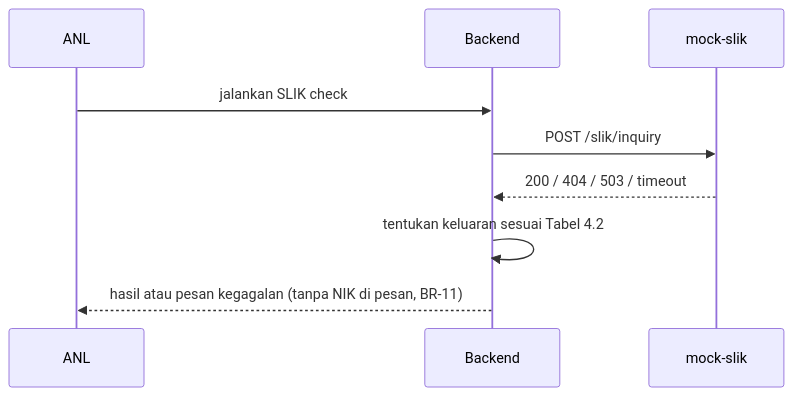
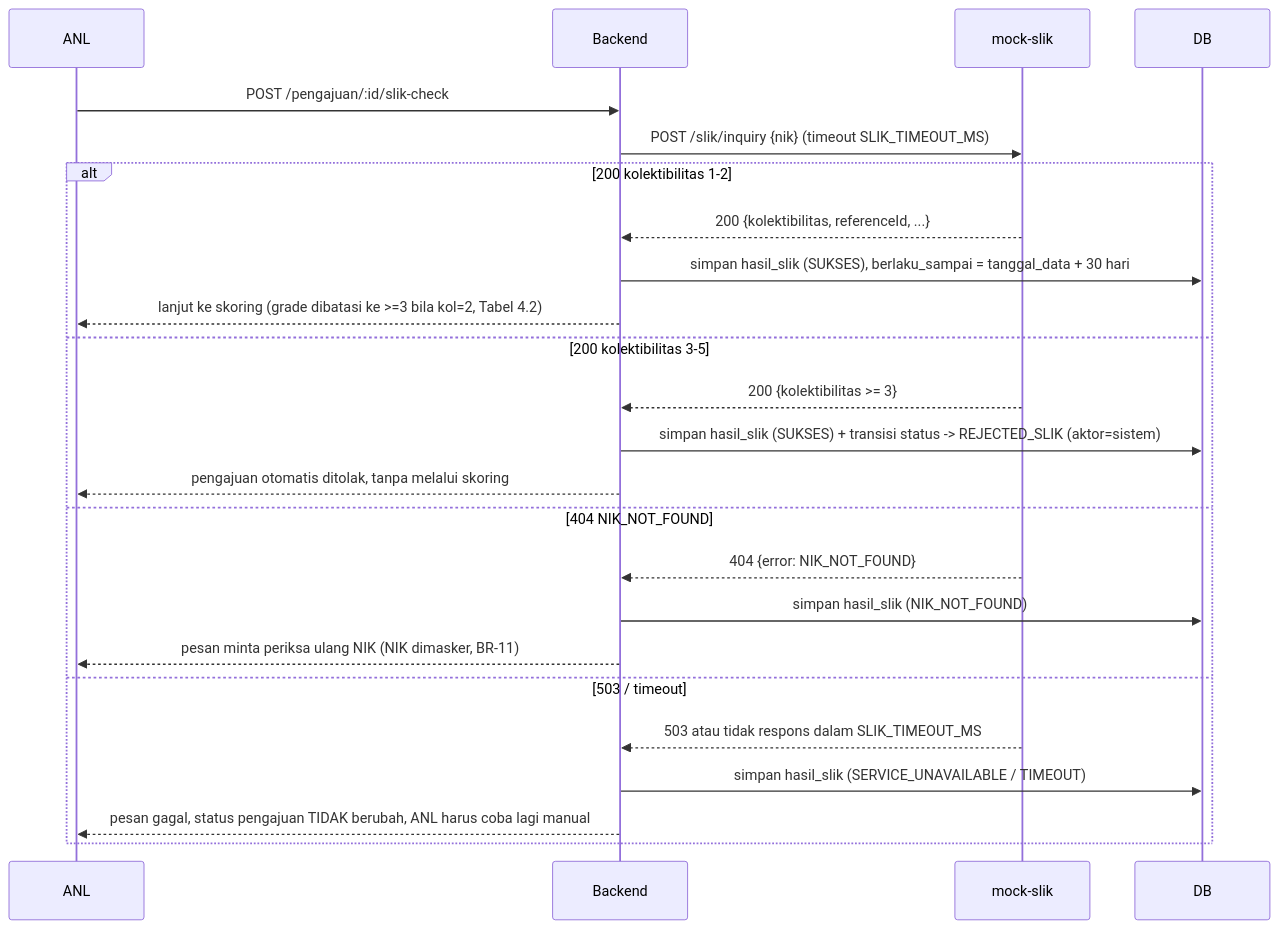
Before and after one commit to irgiys/tim1gow: the fourth of 6 diagrams in docs/SDD-iMitra.md, drawn with Mermaid. The commit also changed other lines of this file, not shown here.

````diff
--- a/docs/SDD-iMitra.md
+++ b/docs/SDD-iMitra.md
@@ -180,11 +180,26 @@
 ```mermaid
 sequenceDiagram
   participant ANL
   participant BE as Backend
   participant SLIK as mock-slik
-  ANL->>BE: jalankan SLIK check
-  BE->>SLIK: POST /slik/inquiry
-  SLIK-->>BE: 200 / 404 / 503 / timeout
-  BE->>BE: tentukan keluaran sesuai Tabel 4.2
-  BE-->>ANL: hasil atau pesan kegagalan (tanpa NIK di pesan, BR-11)
+  participant DB
+  ANL->>BE: POST /pengajuan/:id/slik-check
+  BE->>SLIK: POST /slik/inquiry {nik} (timeout SLIK_TIMEOUT_MS)
+  alt 200 kolektibilitas 1-2
+    SLIK-->>BE: 200 {kolektibilitas, referenceId, ...}
+    BE->>DB: simpan hasil_slik (SUKSES), berlaku_sampai = tanggal_data + 30 hari
+    BE-->>ANL: lanjut ke skoring (grade dibatasi ke >=3 bila kol=2, Tabel 4.2)
+  else 200 kolektibilitas 3-5
+    SLIK-->>BE: 200 {kolektibilitas >= 3}
+    BE->>DB: simpan hasil_slik (SUKSES) + transisi status -> REJECTED_SLIK (aktor=sistem)
+    BE-->>ANL: pengajuan otomatis ditolak, tanpa melalui skoring
+  else 404 NIK_NOT_FOUND
+    SLIK-->>BE: 404 {error: NIK_NOT_FOUND}
+    BE->>DB: simpan hasil_slik (NIK_NOT_FOUND)
+    BE-->>ANL: pesan minta periksa ulang NIK (NIK dimasker, BR-11)
+  else 503 / timeout
+    SLIK-->>BE: 503 atau tidak respons dalam SLIK_TIMEOUT_MS
+    BE->>DB: simpan hasil_slik (SERVICE_UNAVAILABLE / TIMEOUT)
+    BE-->>ANL: pesan gagal, status pengajuan TIDAK berubah, ANL harus coba lagi manual
+  end
 ```
````
